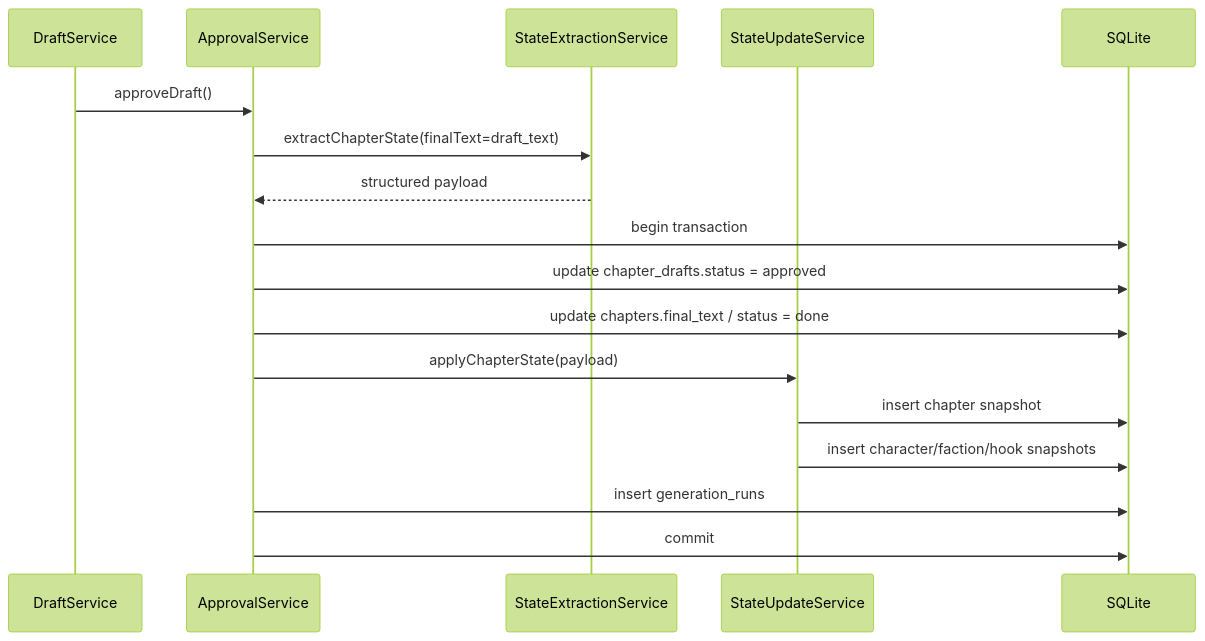
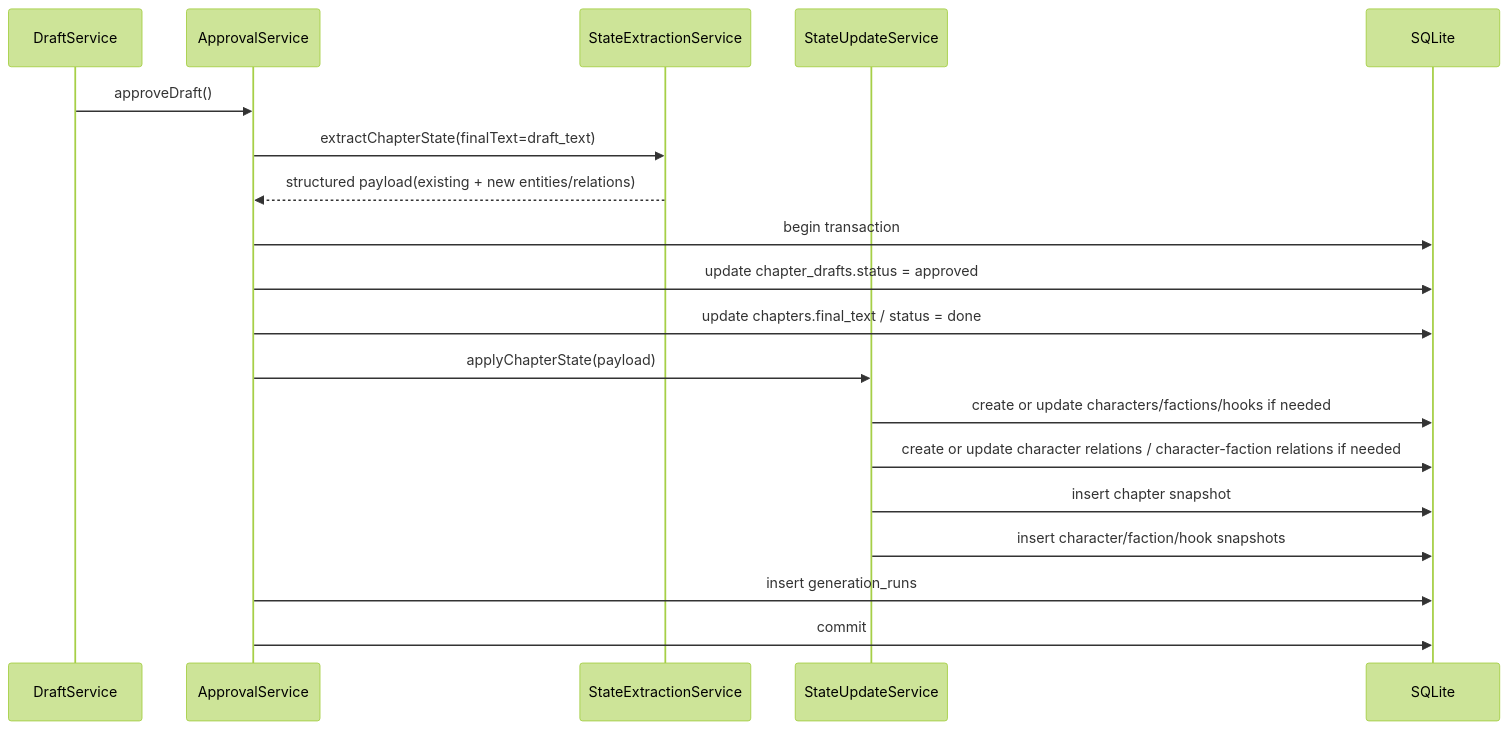
One commit to housirvip/hai-novel changed the sixth of 7 diagrams in docs/architecture-state-flow.md. Above: the diagram before and after it, drawn with Mermaid (forest theme). The commit also changed other lines of this file, not shown here.

First line of the commit message:
docs(architecture): 更新架构文档以包含AI输入流程和状态管理细节

````diff
--- a/docs/architecture-state-flow.md
+++ b/docs/architecture-state-flow.md
@@ -316,20 +334,22 @@
 ```mermaid
 sequenceDiagram
   participant DS as DraftService
   participant AS as ApprovalService
   participant SES as StateExtractionService
   participant SUS as StateUpdateService
   participant DB as SQLite
 
   DS->>AS: approveDraft()
   AS->>SES: extractChapterState(finalText=draft_text)
-  SES-->>AS: structured payload
+  SES-->>AS: structured payload(existing + new entities/relations)
   AS->>DB: begin transaction
   AS->>DB: update chapter_drafts.status = approved
   AS->>DB: update chapters.final_text / status = done
   AS->>SUS: applyChapterState(payload)
+  SUS->>DB: create or update characters/factions/hooks if needed
+  SUS->>DB: create or update character relations / character-faction relations if needed
   SUS->>DB: insert chapter snapshot
   SUS->>DB: insert character/faction/hook snapshots
   AS->>DB: insert generation_runs
   AS->>DB: commit
 ```
````
